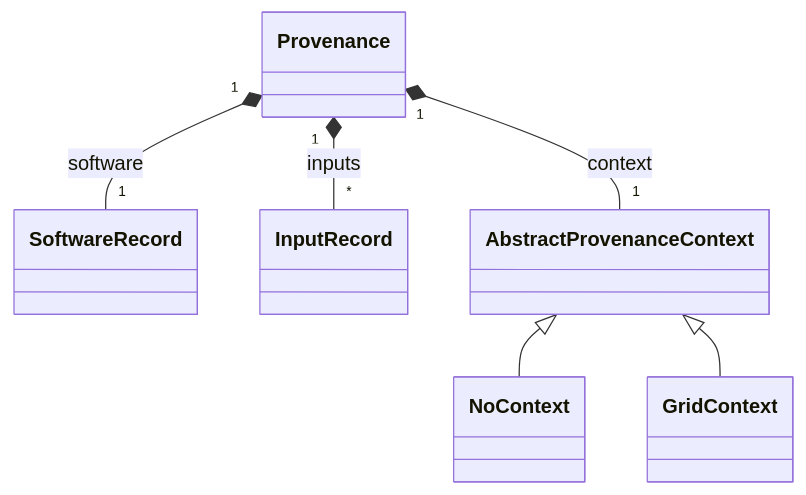
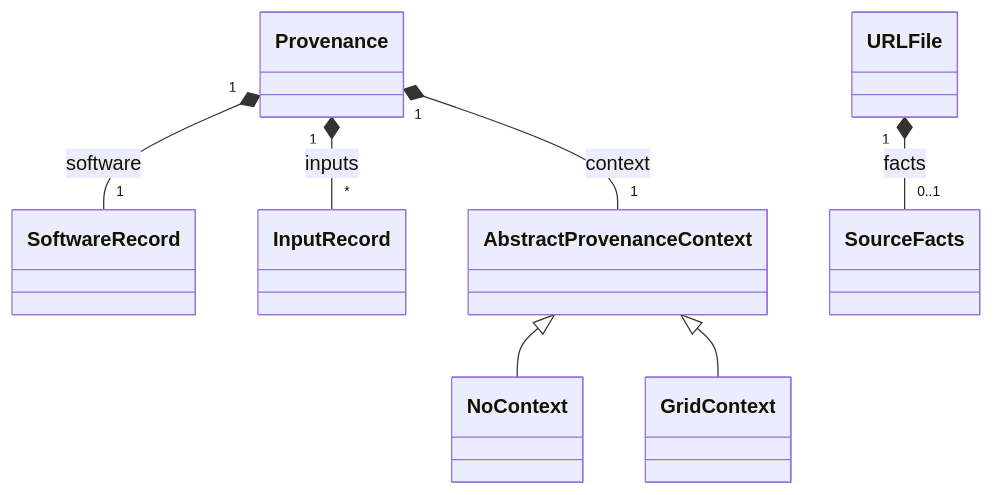
One commit to EcoJulia/EcoSISTEM.jl changed diagram 22 of 23 in data/architecture.md. Above: the diagram before and after it, drawn with Mermaid. The commit also changed other lines of this file and 21 other files, not shown here.

First line of the commit message:
Implement URLFile and fetchfile functionality and extract SourceFact from DatasetRecord

````diff
--- a/data/architecture.md
+++ b/data/architecture.md
@@ -1084,14 +1088,17 @@
 ```mermaid
 classDiagram
     class Provenance
     class SoftwareRecord
     class InputRecord
+    class SourceFacts
+    class URLFile
     class AbstractProvenanceContext
     class NoContext
     class GridContext
     Provenance "1" *-- "1" SoftwareRecord : software
     Provenance "1" *-- "*" InputRecord : inputs
     Provenance "1" *-- "1" AbstractProvenanceContext : context
+    URLFile "1" *-- "0..1" SourceFacts : facts
     AbstractProvenanceContext <|-- NoContext
     AbstractProvenanceContext <|-- GridContext
 ```
````
